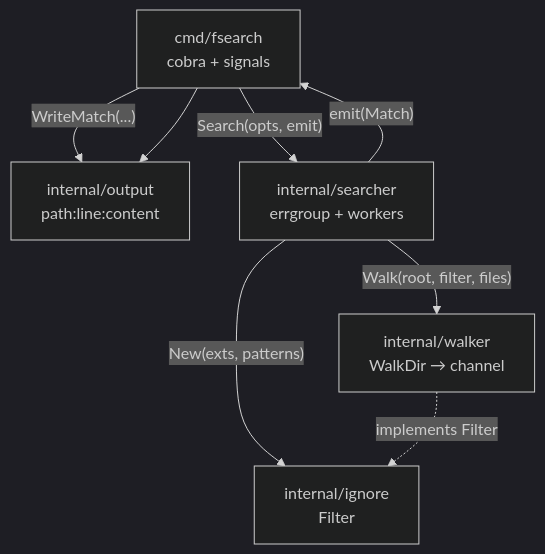
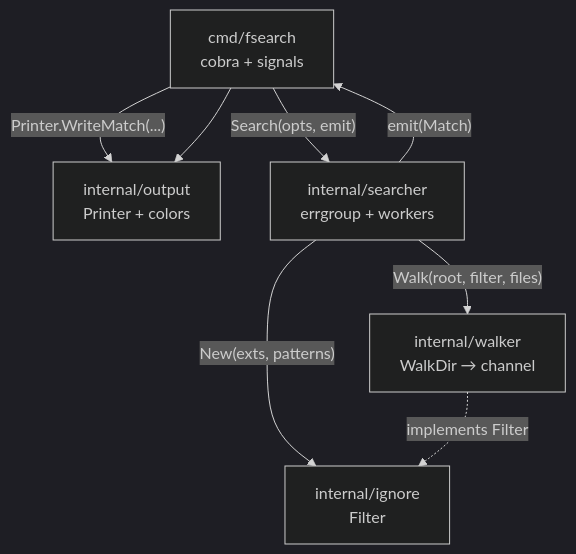
The first of 3 diagrams in README.md (rikiisworking/fsearch), drawn with Mermaid (dark theme) before and after one commit. The commit also changed other lines of this file and 3 other files, not shown here.

````diff
--- a/README.md
+++ b/README.md
@@ -91,16 +120,16 @@
 ```mermaid
 flowchart TB
   CLI["cmd/fsearch<br/>cobra + signals"]
-  OUT["internal/output<br/>path:line:content"]
+  OUT["internal/output<br/>Printer + colors"]
   S["internal/searcher<br/>errgroup + workers"]
   W["internal/walker<br/>WalkDir → channel"]
   I["internal/ignore<br/>Filter"]
 
   CLI -->|"Search(opts, emit)"| S
-  CLI -->|"WriteMatch(...)"| OUT
+  CLI -->|"Printer.WriteMatch(...)"| OUT
   S -->|"Walk(root, filter, files)"| W
   S -->|"New(exts, patterns)"| I
   W -.->|"implements Filter"| I
   S -->|"emit(Match)"| CLI
   CLI --> OUT
 ```
````
